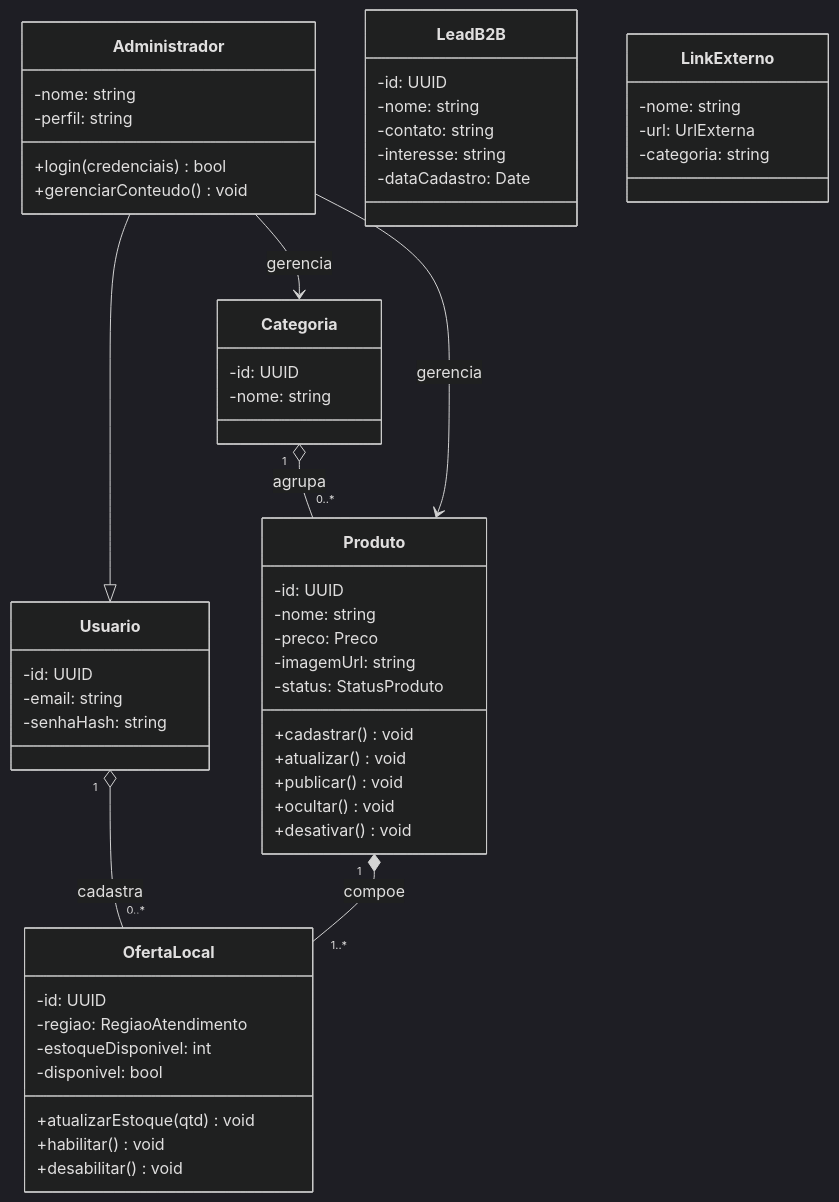
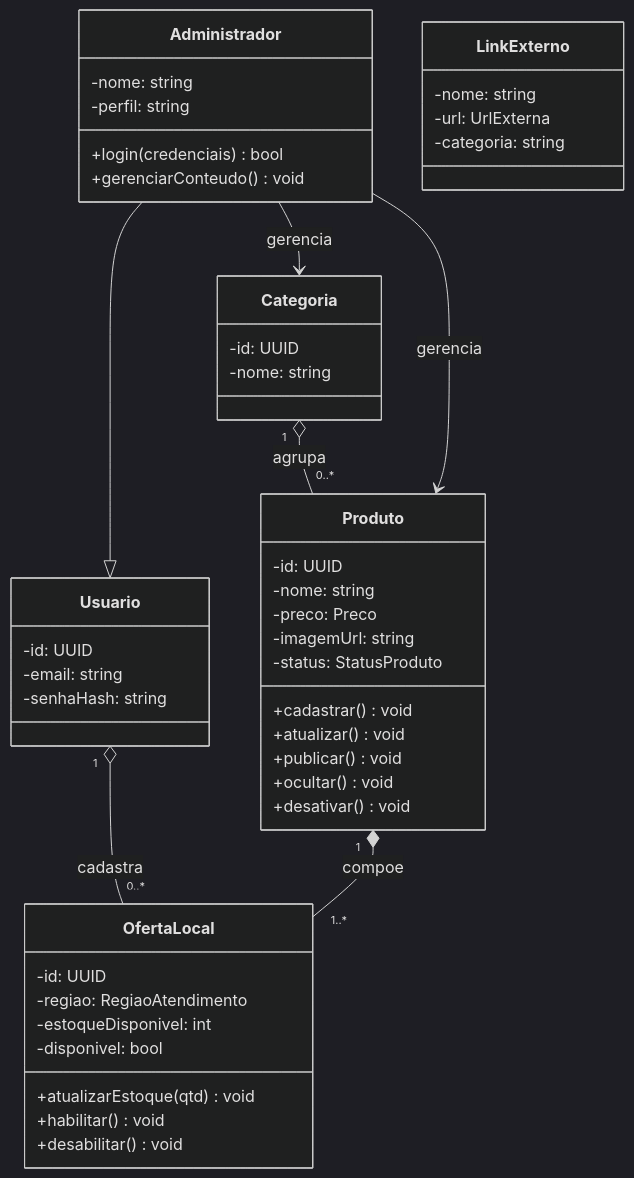
The diagram in docs/arquitetura/04-diagrama-classes.md (LuHenRe/Projeto-Revendedora-Atlantica-Natural), drawn with Mermaid (dark theme) before and after one commit. The commit also changed other lines of this file and 7 other files, not shown here.

Commit message:
docs: remove LeadB2B da arquitetura local e atualiza diagramas gerados

````diff
--- a/docs/arquitetura/04-diagrama-classes.md
+++ b/docs/arquitetura/04-diagrama-classes.md
@@ -59,64 +56,56 @@
 ```mermaid
 classDiagram
     class Usuario {
         -id: UUID
         -email: string
         -senhaHash: string
     }
 
     class Administrador {
         -nome: string
         -perfil: string
         +login(credenciais) bool
         +gerenciarConteudo() void
     }
 
     class Categoria {
         -id: UUID
         -nome: string
     }
 
     class Produto {
         -id: UUID
         -nome: string
         -preco: Preco
         -imagemUrl: string
         -status: StatusProduto
         +cadastrar() void
         +atualizar() void
         +publicar() void
         +ocultar() void
         +desativar() void
     }
 
     class OfertaLocal {
         -id: UUID
         -regiao: RegiaoAtendimento
         -estoqueDisponivel: int
         -disponivel: bool
         +atualizarEstoque(qtd) void
         +habilitar() void
         +desabilitar() void
     }
 
-    class LeadB2B {
-        -id: UUID
-        -nome: string
-        -contato: string
-        -interesse: string
-        -dataCadastro: Date
-    }
-
     class LinkExterno {
         -nome: string
         -url: UrlExterna
         -categoria: string
     }
 
     Administrador --|> Usuario
     Usuario "1" o-- "0..*" OfertaLocal : cadastra
     Categoria "1" o-- "0..*" Produto : agrupa
     Produto "1" *-- "1..*" OfertaLocal : compoe
     Administrador --> Produto : gerencia
     Administrador --> Categoria : gerencia
 ```
````
